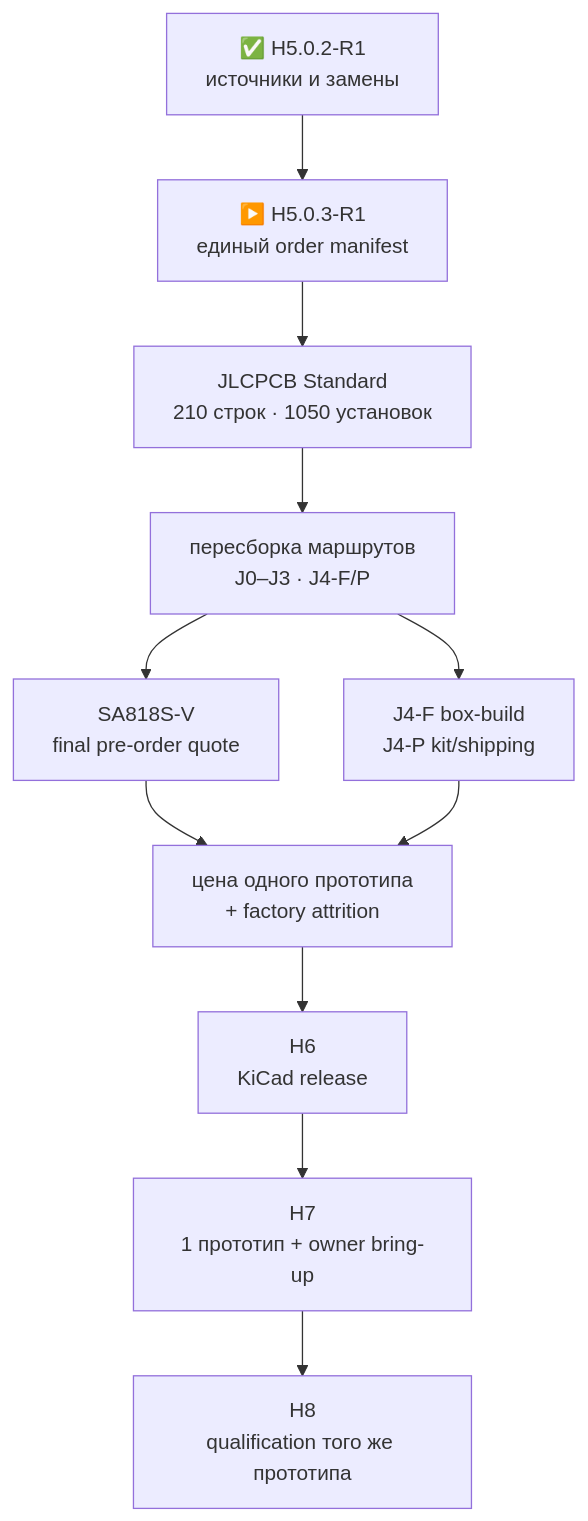
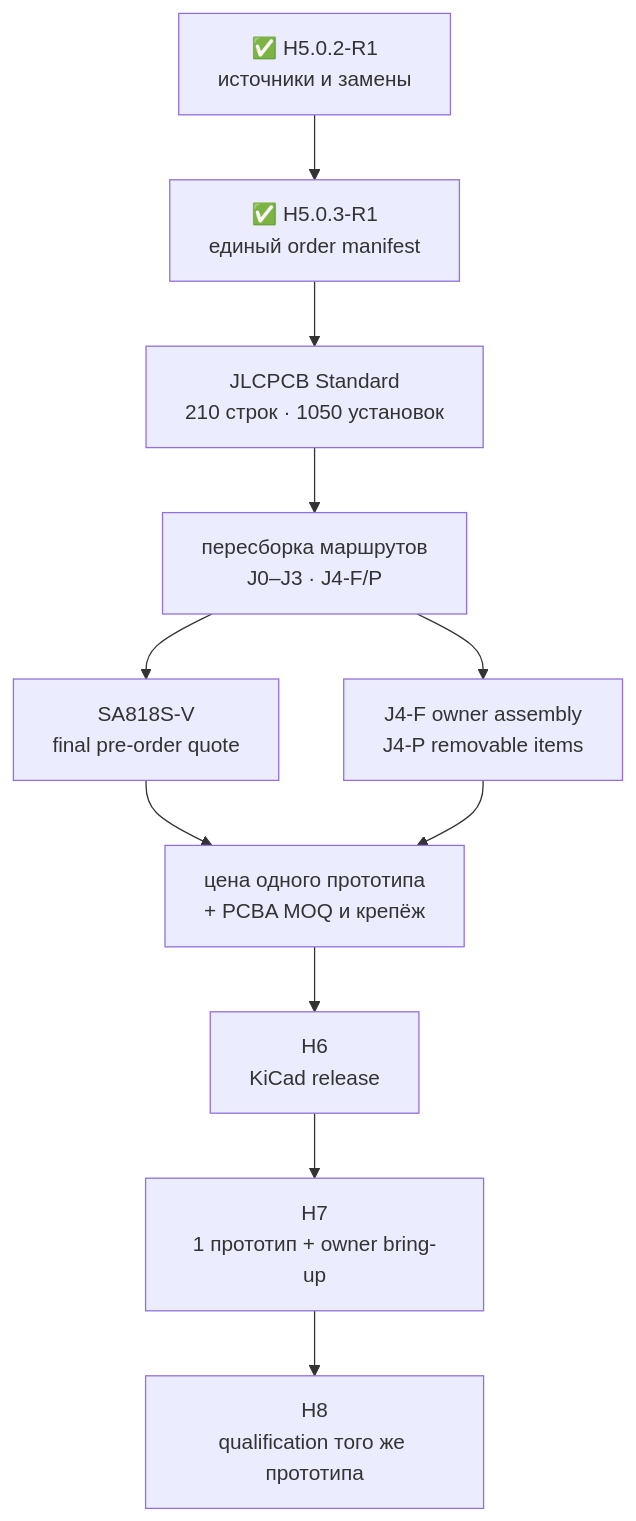
Before and after one commit to anton-vinogradov/esp32-leshy2: the diagram in docs/component-sample-basket.ru.md, drawn with Mermaid. The commit also changed other lines of this file and 52 other files, not shown here.

````diff
--- a/docs/component-sample-basket.ru.md
+++ b/docs/component-sample-basket.ru.md
@@ -7,13 +7,13 @@
 ```mermaid
 flowchart TD
-  R["✅ H5.0.2-R1<br/>источники и замены"] --> B["▶️ H5.0.3-R1<br/>единый order manifest"]
+  R["✅ H5.0.2-R1<br/>источники и замены"] --> B["✅ H5.0.3-R1<br/>единый order manifest"]
   B --> P["JLCPCB Standard<br/>210 строк · 1050 установок"]
   P --> Q["пересборка маршрутов<br/>J0–J3 · J4-F/P"]
   Q --> S["SA818S-V<br/>final pre-order quote"]
-  Q --> X["J4-F box-build<br/>J4-P kit/shipping"]
-  S --> A["цена одного прототипа<br/>+ factory attrition"]
+  Q --> X["J4-F owner assembly<br/>J4-P removable items"]
+  S --> A["цена одного прототипа<br/>+ PCBA MOQ и крепёж"]
   X --> A
   A --> H6["H6<br/>KiCad release"]
   H6 --> H7["H7<br/>1 прототип + owner bring-up"]
   H7 --> H8["H8<br/>qualification того же прототипа"]
 ```
````
